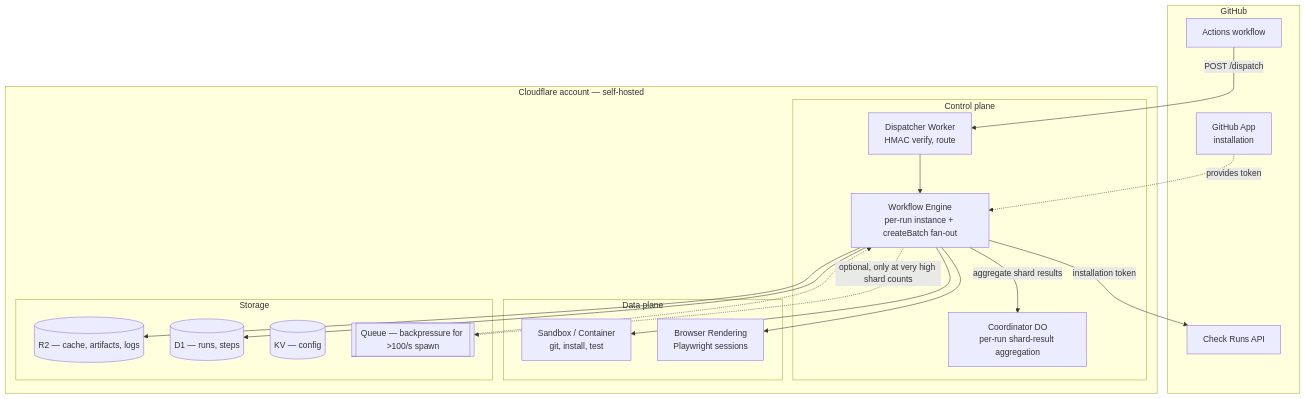
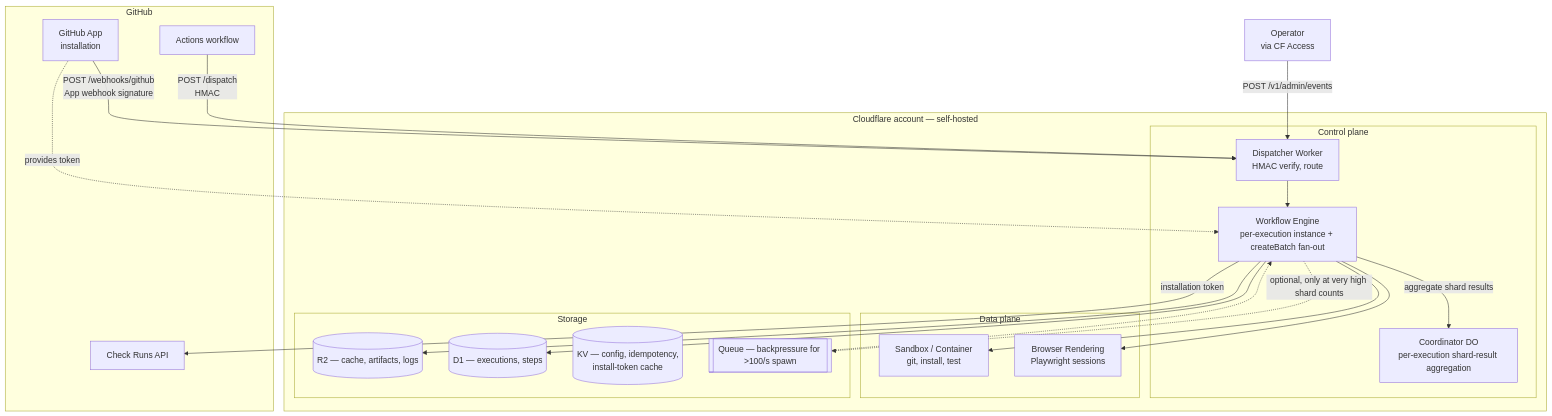
One commit to OpenHackersClub/flare-dispatch changed the first of 3 diagrams in specs/01-architecture.md. Above: the diagram before and after it, drawn with Mermaid. The commit also changed other lines of this file and 9 other files, not shown here.

````diff
--- a/specs/01-architecture.md
+++ b/specs/01-architecture.md
@@ -5,38 +5,40 @@
 ```mermaid
 flowchart TB
   subgraph GH[GitHub]
     GHA[Actions workflow]
     APP[GitHub App<br/>installation]
     CHK[Check Runs API]
   end
 
   subgraph CF[Cloudflare account — self-hosted]
     subgraph CP[Control plane]
       DSP[Dispatcher Worker<br/>HMAC verify, route]
-      WF[Workflow Engine<br/>per-run instance + createBatch fan-out]
-      CO[Coordinator DO<br/>per-run shard-result aggregation]
+      WF[Workflow Engine<br/>per-execution instance + createBatch fan-out]
+      CO[Coordinator DO<br/>per-execution shard-result aggregation]
     end
     subgraph DP[Data plane]
       SB[Sandbox / Container<br/>git, install, test]
       BR[Browser Rendering<br/>Playwright sessions]
     end
     subgraph ST[Storage]
       R2[(R2 — cache, artifacts, logs)]
-      D1[(D1 — runs, steps)]
-      KV[(KV — config)]
+      D1[(D1 — executions, steps)]
+      KV[(KV — config, idempotency,<br/>install-token cache)]
       Q[[Queue — backpressure for >100/s spawn]]
     end
   end
 
-  GHA -->|POST /dispatch| DSP
+  GHA -->|POST /dispatch<br/>HMAC| DSP
+  APP -->|POST /webhooks/github<br/>App webhook signature| DSP
+  Admin[Operator<br/>via CF Access] -->|POST /v1/admin/events| DSP
   DSP --> WF
   WF -->|aggregate shard results| CO
   WF --> SB
   WF --> BR
   WF --> R2
   WF --> D1
   WF -.->|optional, only at very high shard counts| Q
   Q -.-> WF
   WF -->|installation token| CHK
   APP -.->|provides token| WF
 ```
````
